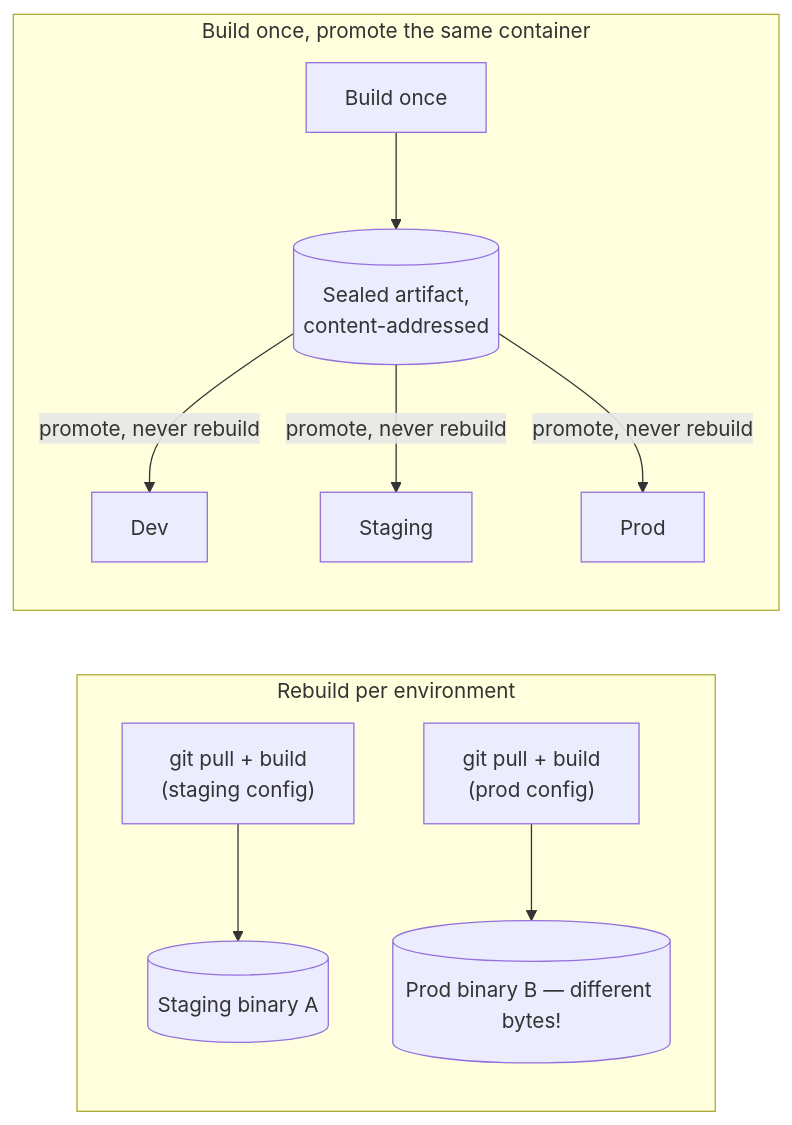
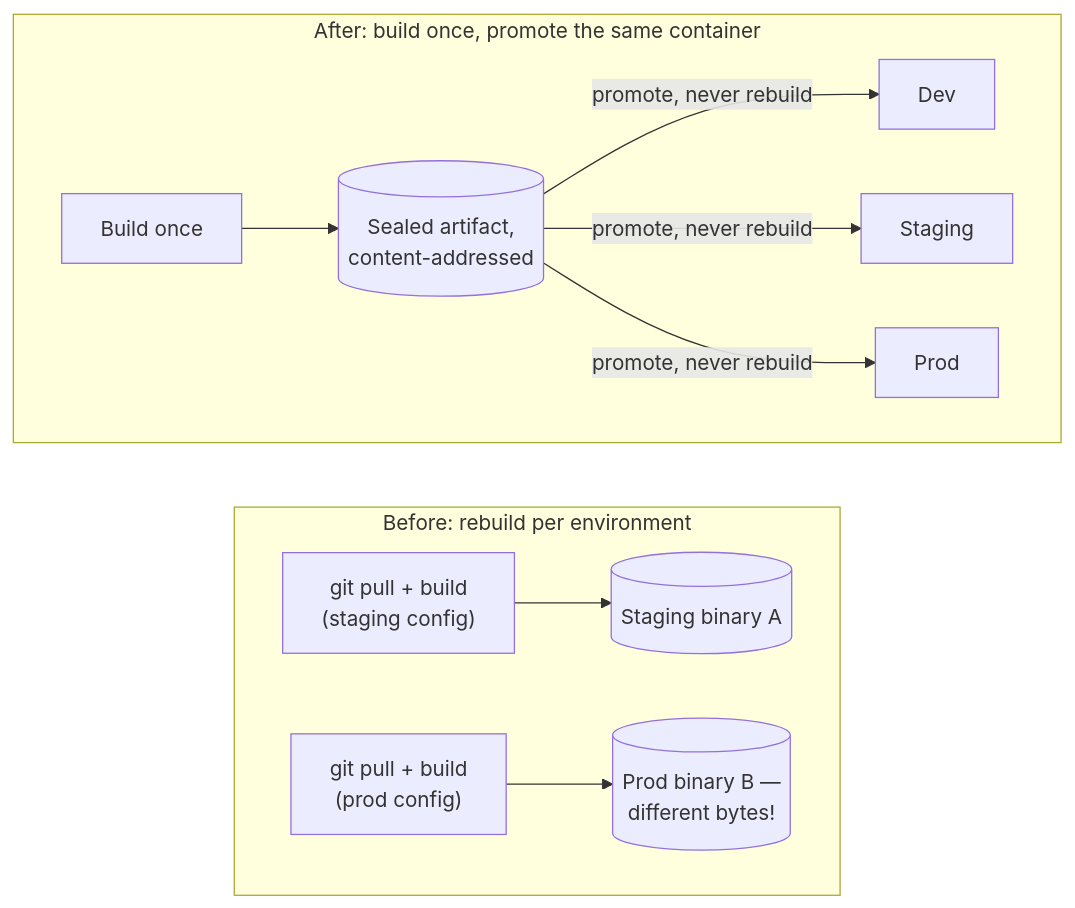
One commit to riyaz-pasha/Learnings changed the second of 13 diagrams in system-design/HLD/0-course/40-Design-a-Deployment-System-FAANG-Guide-story.md. Above: the diagram before and after it, drawn with Mermaid. The commit also changed other lines of this file and 1 other file, not shown here.

Commit message:
[REWRITE] Deployment System story guide: simplify prose, add structure, fix diagrams

````diff
--- a/system-design/HLD/0-course/40-Design-a-Deployment-System-FAANG-Guide-story.md
+++ b/system-design/HLD/0-course/40-Design-a-Deployment-System-FAANG-Guide-story.md
@@ -44,13 +118,15 @@
 ```mermaid
 flowchart LR
-    subgraph Before["Rebuild per environment"]
-        S1["git pull + build\n(staging config)"] --> Stg[("Staging binary A")]
-        S2["git pull + build\n(prod config)"] --> Prod1[("Prod binary B — different bytes!")]
+    subgraph Before["Before: rebuild per environment"]
+        direction LR
+        S1["git pull + build<br/>(staging config)"] --> Stg[("Staging binary A")]
+        S2["git pull + build<br/>(prod config)"] --> Prod1[("Prod binary B —<br/>different bytes!")]
     end
-    subgraph After["Build once, promote the same container"]
-        B["Build once"] --> Art[("Sealed artifact,\ncontent-addressed")]
+    subgraph After["After: build once, promote the same container"]
+        direction LR
+        B["Build once"] --> Art[("Sealed artifact,<br/>content-addressed")]
         Art -->|"promote, never rebuild"| Dv["Dev"]
         Art -->|"promote, never rebuild"| Sg["Staging"]
         Art -->|"promote, never rebuild"| Pr["Prod"]
     end
 ```
````
